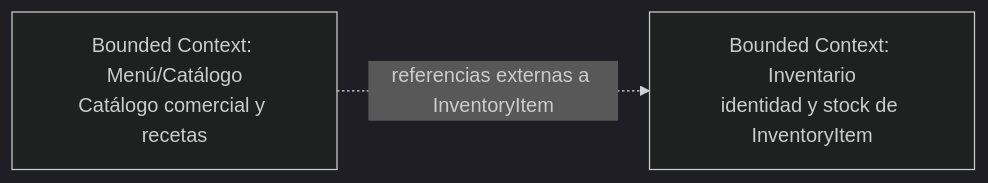
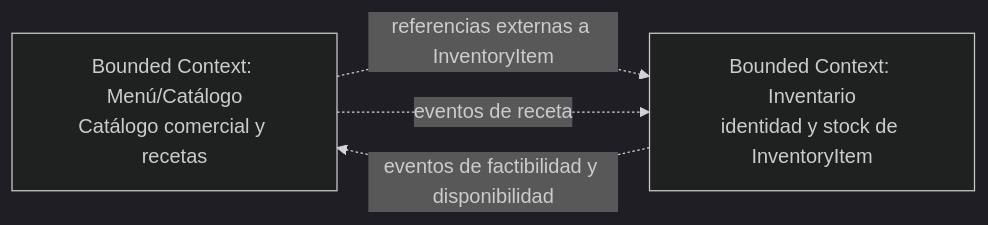
Before and after one commit to FMAT-Restaurant/Menu-Documentation: the fifth of 5 diagrams in docs/ers/architechture.md, drawn with Mermaid (dark theme). The commit also changed other lines of this file and 10 other files, not shown here.

First line of the commit message:
docs(ers): estado administrativo y disponibilidad, eventos con Inventario y receta vigente (2.2.0, 2.3.0)

````diff
--- a/docs/ers/architechture.md
+++ b/docs/ers/architechture.md
@@ -265,4 +267,6 @@
 ```mermaid
 flowchart LR
     Catalog["Bounded Context: Menú/Catálogo<br/>Catálogo comercial y recetas"] -.->|referencias externas a InventoryItem| Inventory["Bounded Context: Inventario<br/>identidad y stock de InventoryItem"]
+    Catalog -.->|eventos de receta| Inventory
+    Inventory -.->|eventos de factibilidad y disponibilidad| Catalog
 ```
````
